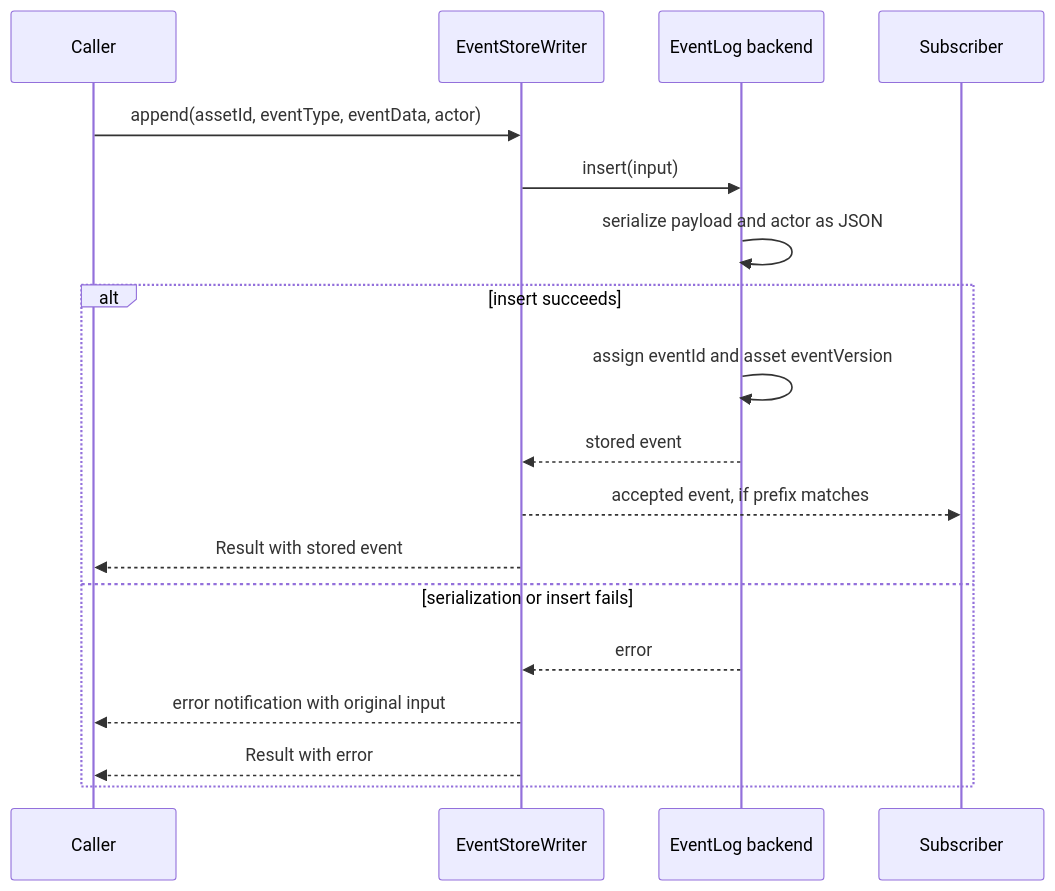
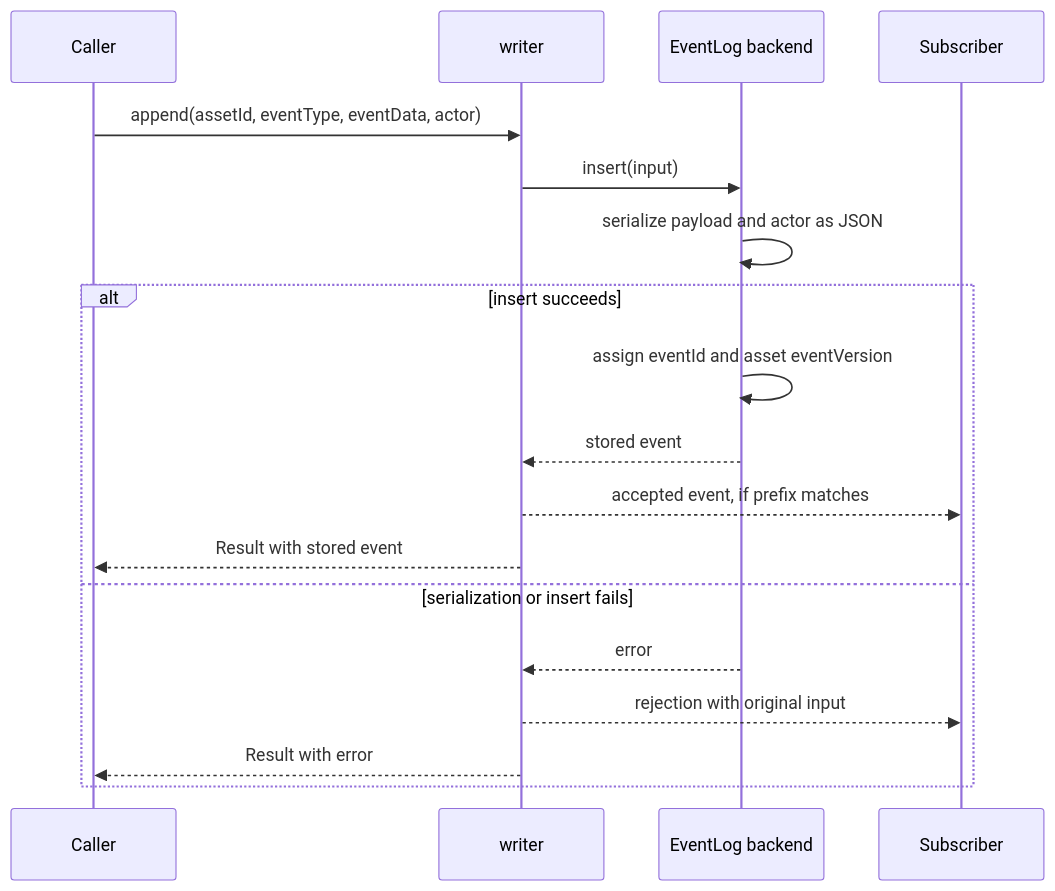
The second of 4 diagrams in packages/event-store/ARCHITECTURE.md (JollyPixel/editor), drawn with Mermaid before and after one commit. The commit also changed other lines of this file and 28 other files, not shown here.

Commit message:
refactor(event-store): improve architecture

````diff
--- a/packages/event-store/ARCHITECTURE.md
+++ b/packages/event-store/ARCHITECTURE.md
@@ -49,21 +50,21 @@
 ```mermaid
 sequenceDiagram
     participant Caller
-    participant Writer as EventStoreWriter
+    participant Writer as writer
     participant Log as EventLog backend
     participant Subscriber as Subscriber
 
     Caller->>Writer: append(assetId, eventType, eventData, actor)
     Writer->>Log: insert(input)
     Log->>Log: serialize payload and actor as JSON
     alt insert succeeds
         Log->>Log: assign eventId and asset eventVersion
         Log-->>Writer: stored event
         Writer-->>Subscriber: accepted event, if prefix matches
         Writer-->>Caller: Result with stored event
     else serialization or insert fails
         Log-->>Writer: error
-        Writer-->>Caller: error notification with original input
+        Writer-->>Subscriber: rejection with original input
         Writer-->>Caller: Result with error
     end
 ```
````
